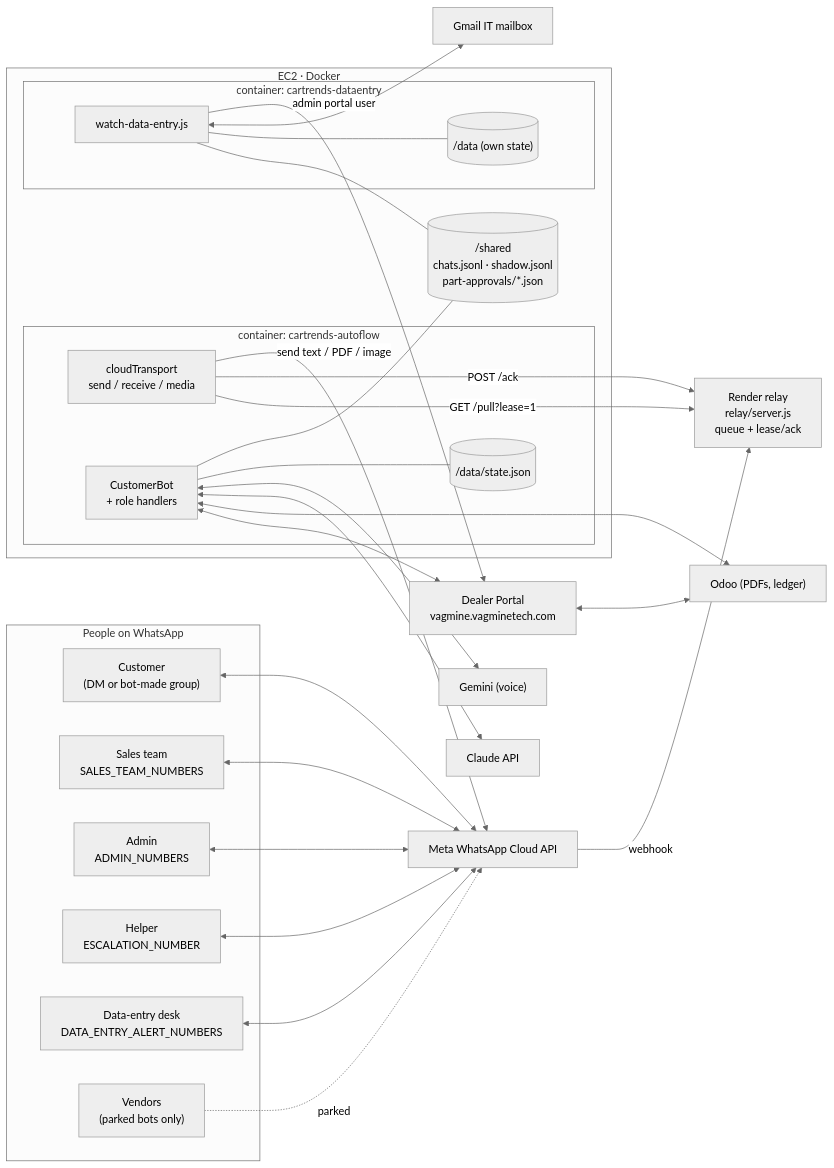
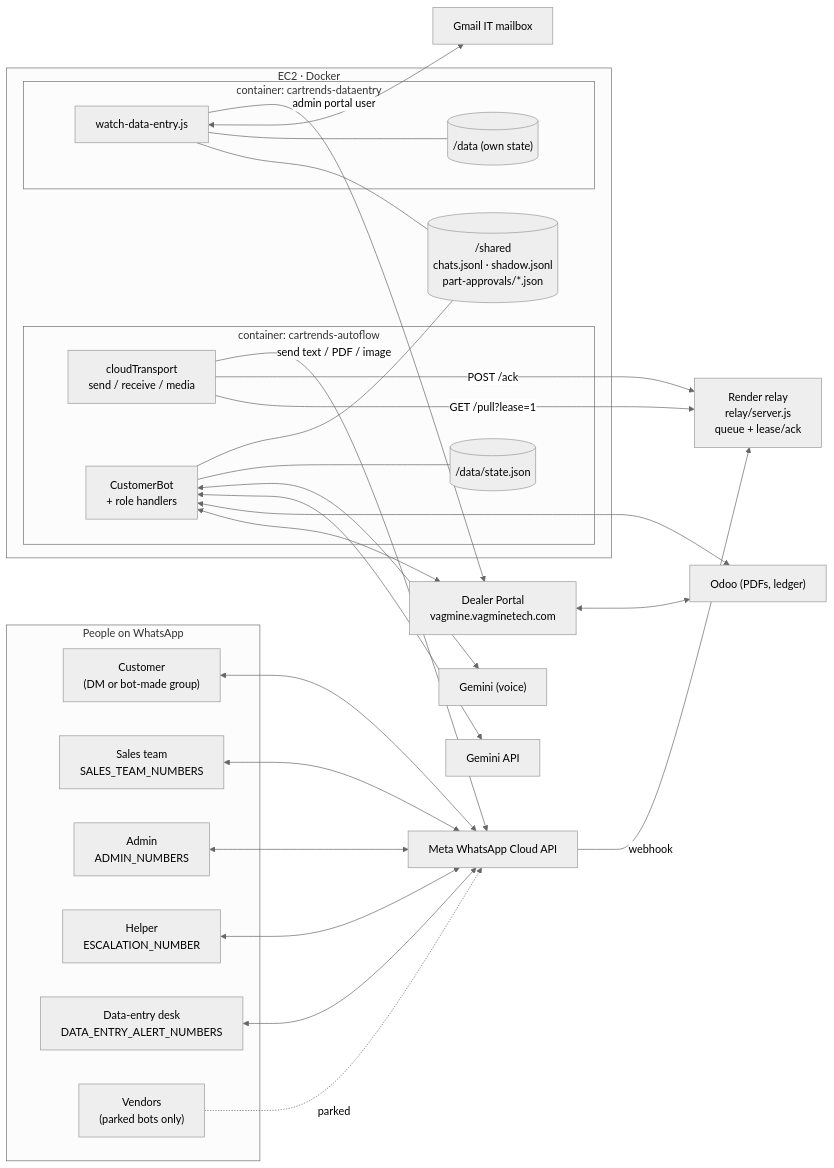
One commit to interns-arch/Autoflow-main changed the first of 10 diagrams in docs/AGENTS_AND_DATA_FLOW.md. Above: the diagram before and after it, drawn with Mermaid (neutral theme). The commit also changed other lines of this file and 26 other files, not shown here.

````diff
--- a/docs/AGENTS_AND_DATA_FLOW.md
+++ b/docs/AGENTS_AND_DATA_FLOW.md
@@ -53,51 +53,51 @@
 ```mermaid
 flowchart LR
   subgraph HUM["People on WhatsApp"]
     C["Customer<br/>(DM or bot-made group)"]
     S["Sales team<br/>SALES_TEAM_NUMBERS"]
     A["Admin<br/>ADMIN_NUMBERS"]
     H["Helper<br/>ESCALATION_NUMBER"]
     DE["Data-entry desk<br/>DATA_ENTRY_ALERT_NUMBERS"]
     V["Vendors<br/>(parked bots only)"]
   end
 
   WA["Meta WhatsApp Cloud API"]
   R["Render relay<br/>relay/server.js<br/>queue + lease/ack"]
 
   subgraph EC2["EC2 · Docker"]
     subgraph P1["container: cartrends-autoflow"]
       T["cloudTransport<br/>send / receive / media"]
       B["CustomerBot<br/>+ role handlers"]
       ST1[("/data/state.json")]
     end
     subgraph P2["container: cartrends-dataentry"]
       W["watch-data-entry.js"]
       ST2[("/data (own state)")]
     end
     SH[("/shared<br/>chats.jsonl · shadow.jsonl<br/>part-approvals/*.json")]
   end
 
   DP["Dealer Portal<br/>vagmine.vagminetech.com"]
   OD["Odoo (PDFs, ledger)"]
-  CL["Claude API"]
+  CL["Gemini API"]
   GM["Gemini (voice)"]
   MB["Gmail IT mailbox"]
 
   C & S & A & H & DE <--> WA
   V -. parked .-> WA
   WA -- webhook --> R
   T -- "GET /pull?lease=1" --> R
   T -- "POST /ack" --> R
   T -- "send text / PDF / image" --> WA
   B <--> DP
   B <--> OD
   B <--> CL
   B <--> GM
   B --- ST1
   B --- SH
   W --- SH
   W --- ST2
   W <--> MB
   W -- "admin portal user" --> DP
   DP <--> OD
 ```
````
